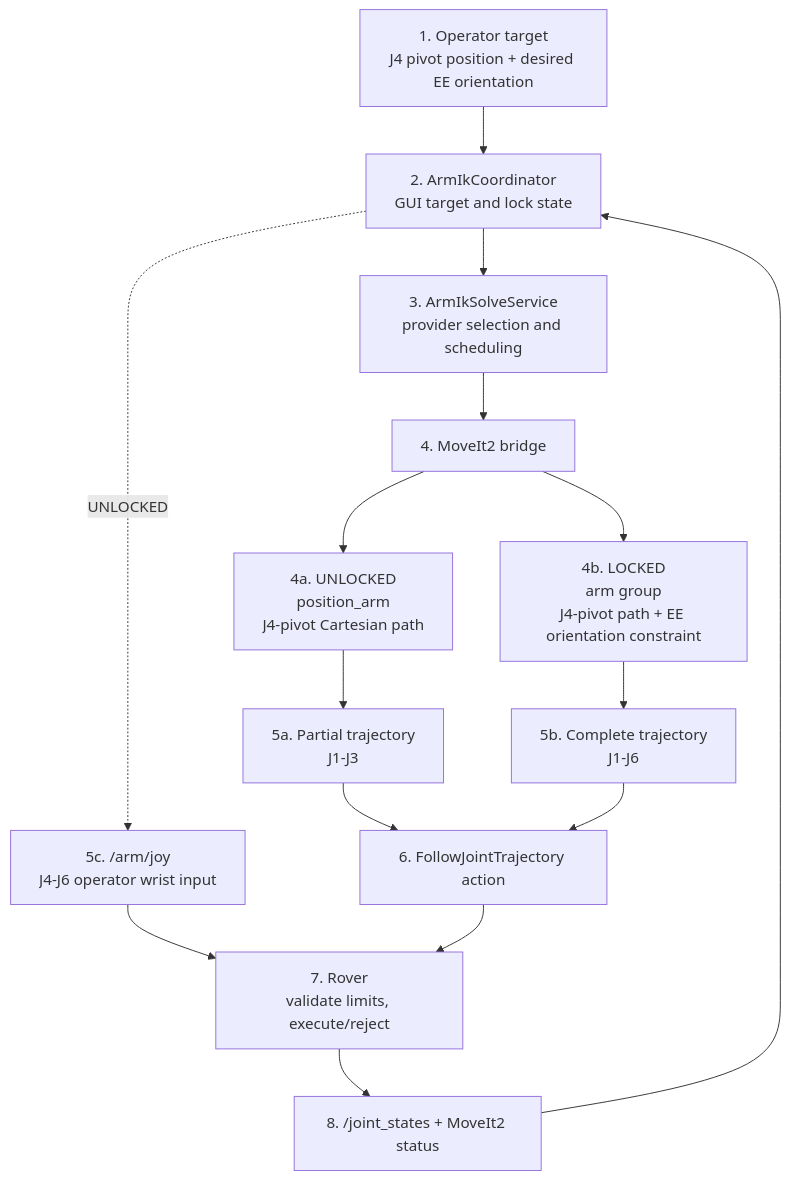
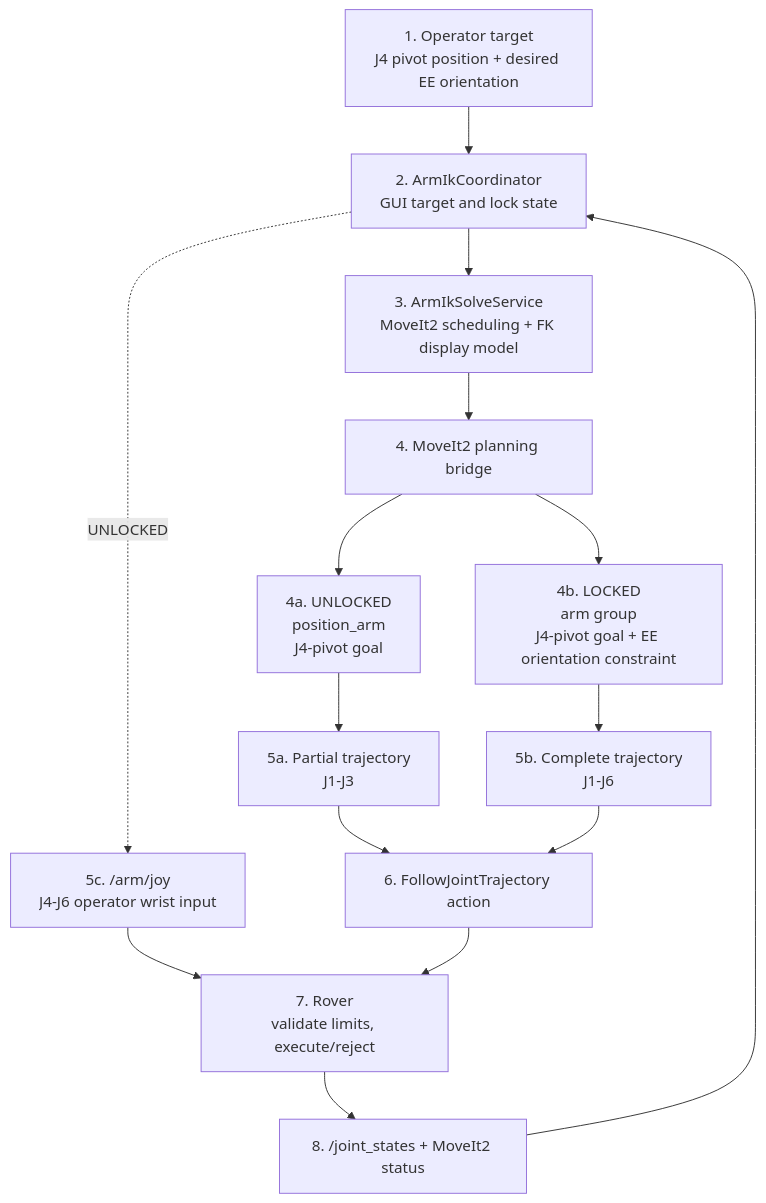
The diagram in gui/docs/arm-ik.md (deakin-robotics/Chasmata-2027), drawn with Mermaid before and after one commit. The commit also changed other lines of this file and 22 other files, not shown here.

Commit message:
Make position arm control MoveIt2-only

````diff
--- a/gui/docs/arm-ik.md
+++ b/gui/docs/arm-ik.md
@@ -17,22 +11,22 @@
 ```mermaid
 flowchart TB
     target[1. Operator target<br/>J4 pivot position + desired EE orientation]
     coordinator[2. ArmIkCoordinator<br/>GUI target and lock state]
-    solveService[3. ArmIkSolveService<br/>provider selection and scheduling]
-    moveit[4. MoveIt2 bridge]
-    unlocked[4a. UNLOCKED<br/>position_arm<br/>J4-pivot Cartesian path]
-    locked[4b. LOCKED<br/>arm group<br/>J4-pivot path + EE orientation constraint]
+    solveService[3. ArmIkSolveService<br/>MoveIt2 scheduling + FK display model]
+    moveit[4. MoveIt2 planning bridge]
+    unlocked[4a. UNLOCKED<br/>position_arm<br/>J4-pivot goal]
+    locked[4b. LOCKED<br/>arm group<br/>J4-pivot goal + EE orientation constraint]
     partial[5a. Partial trajectory<br/>J1-J3]
     full[5b. Complete trajectory<br/>J1-J6]
     wrist[5c. /arm/joy<br/>J4-J6 operator wrist input]
     action[6. FollowJointTrajectory action]
     rover[7. Rover<br/>validate limits, execute/reject]
     telemetry[8. /joint_states + MoveIt2 status]
 
     target --> coordinator --> solveService --> moveit
     moveit --> unlocked --> partial --> action
     moveit --> locked --> full --> action
     coordinator -. UNLOCKED .-> wrist
     wrist --> rover
     action --> rover --> telemetry --> coordinator
 ```
````
